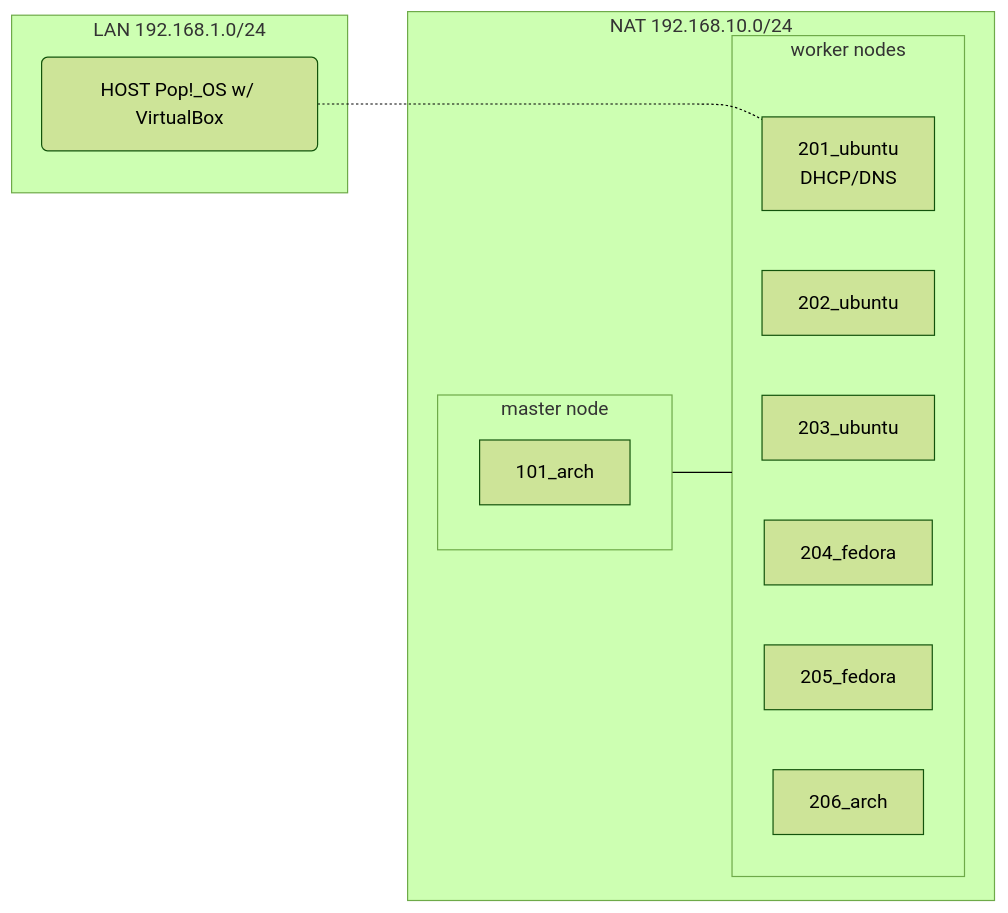
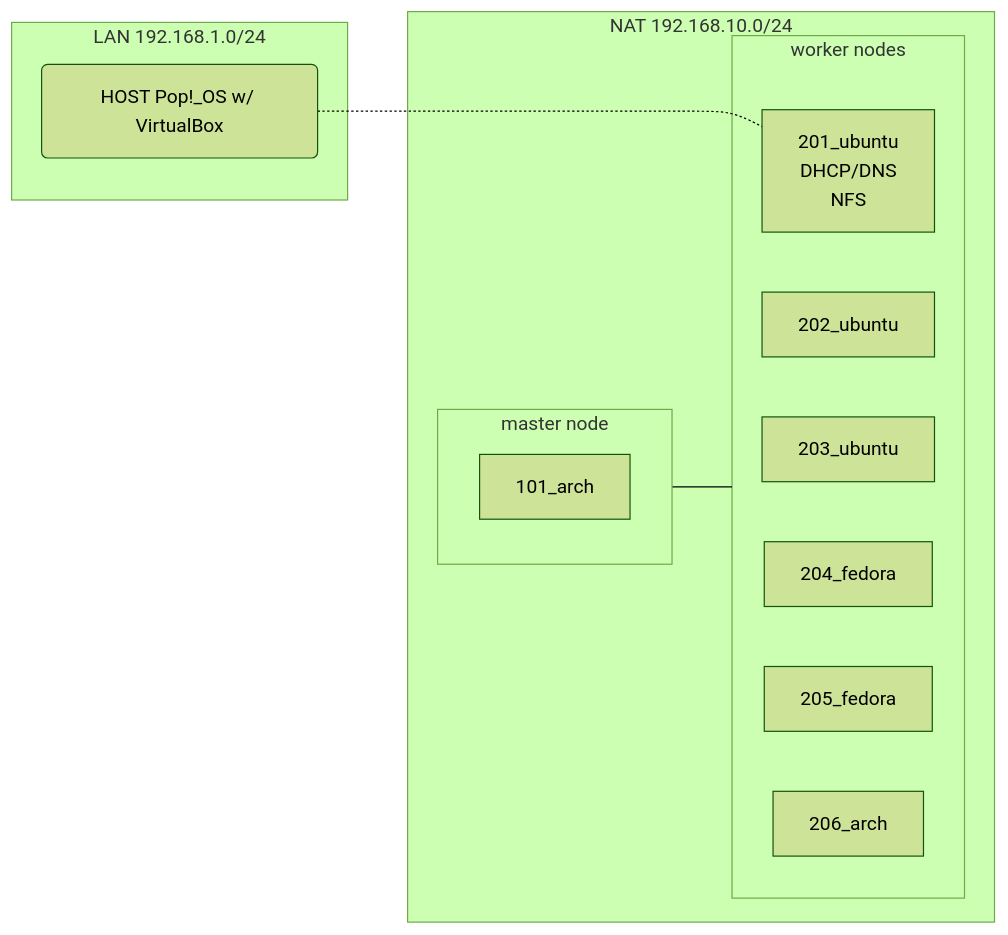
One commit to pabloqpacin/k8s-bs changed the diagram in README.md. Above: the diagram before and after it, drawn with Mermaid (forest theme). The commit also changed 2 other files, not shown here.

````diff
--- a/README.md
+++ b/README.md
@@ -8,27 +8,27 @@
 ```mermaid
     flowchart LR;
 
 subgraph LAN[LAN 192.168.1.0/24]
 HOST(HOST Pop!_OS w/ VirtualBox)
 end
 
 HOST -..- 201_ubuntu
 
 
 subgraph NAT[NAT 192.168.10.0/24]
 subgraph master[master node]
 101_arch
 end
 
 master --- workers
 
 subgraph workers[worker nodes]
-201_ubuntu[201_ubuntu<br>DHCP/DNS]
+201_ubuntu[201_ubuntu<br>DHCP/DNS<br>NFS]
 202_ubuntu
 203_ubuntu
 204_fedora
 205_fedora
 206_arch
 end
 end
 ```
````
